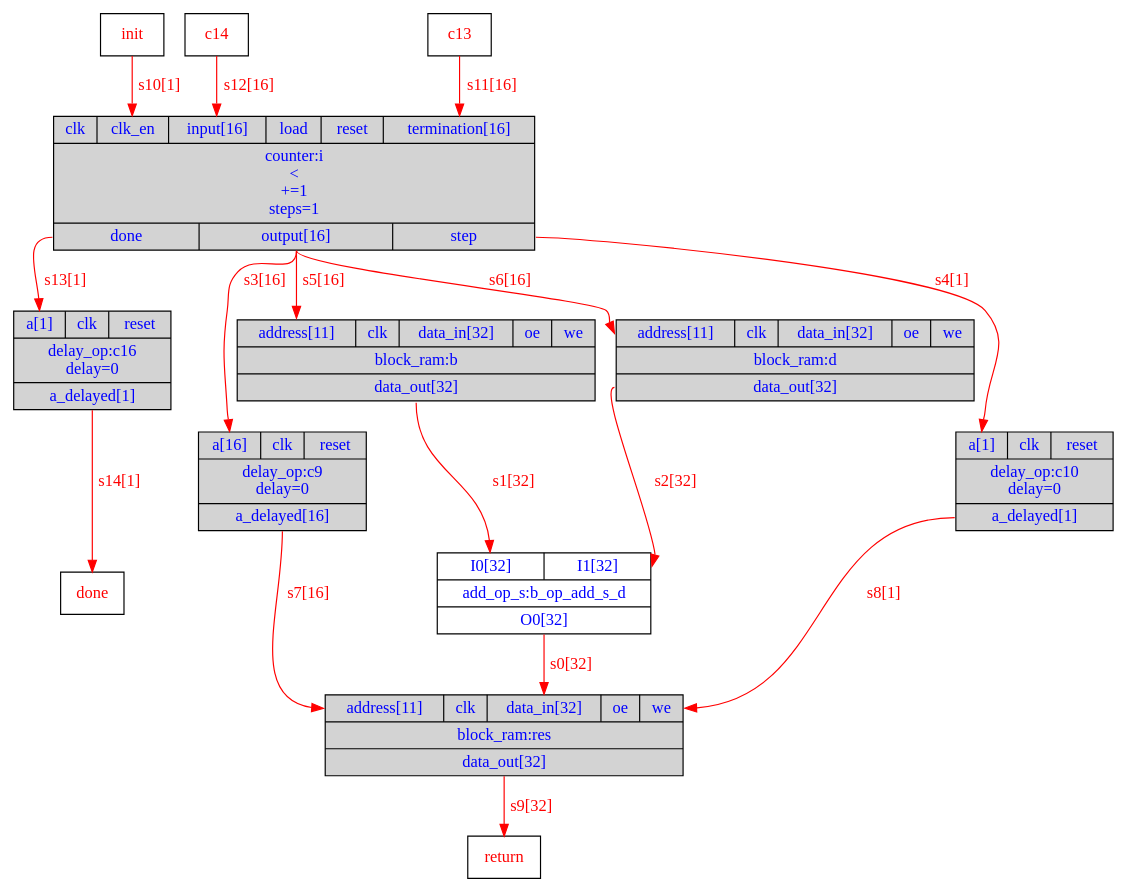
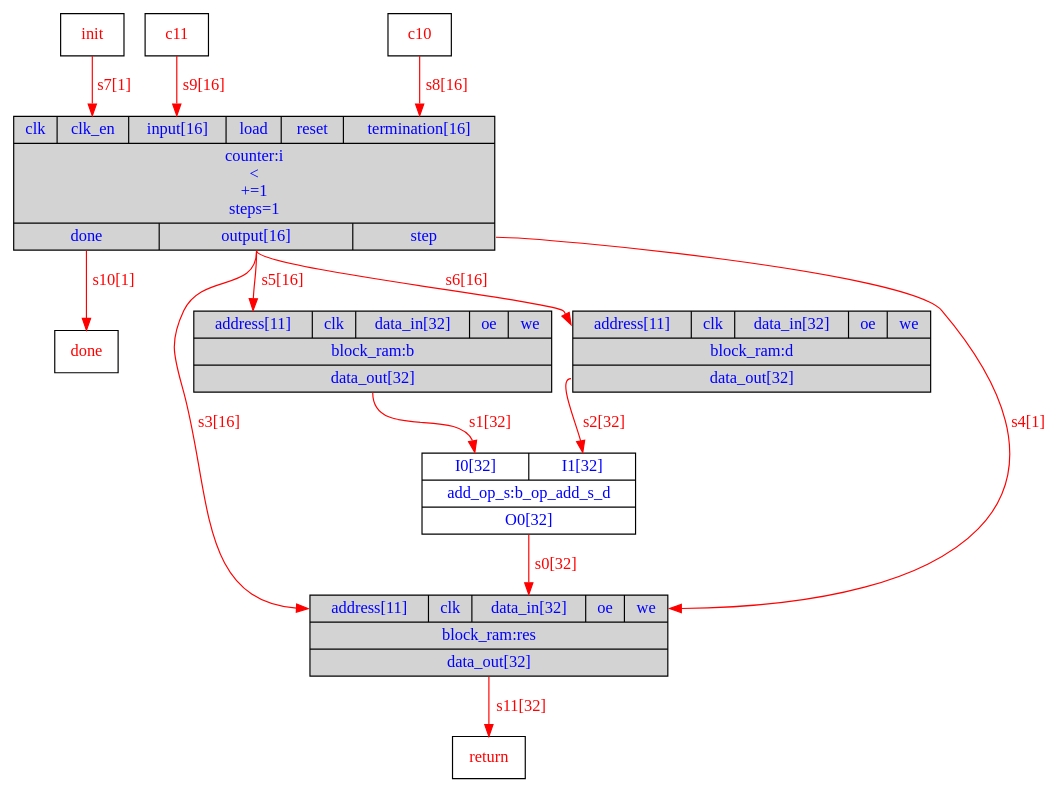
Before and after one commit to menotti/lalp: the diagram in branches/LALPC/DOT/Exemplo_HW.dot, drawn with Graphviz. The commit also changed 27 other files, not shown here.

```diff
--- a/branches/LALPC/DOT/Exemplo_HW.dot
+++ b/branches/LALPC/DOT/Exemplo_HW.dot
@@ -1,27 +1,21 @@
 digraph diagram {
 // Components (Nodes) 
 "i" [shape=record, fontcolor=blue, style="filled", fillcolor="lightgray", label="{{<clk>clk|<clk_en>clk_en|<input>input[16]|<load>load|<reset>reset|<termination>termination[16]}|counter:i\n\<\n+=1\nsteps=1|{<done>done|<output>output[16]|<step>step}}"]; 
 "res" [shape=record, fontcolor=blue, style="filled", fillcolor="lightgray", label="{{<address>address[11]|<clk>clk|<data_in>data_in[32]|<oe>oe|<we>we}|block_ram:res|{<data_out>data_out[32]}}"]; 
 "b_op_add_s_d" [shape=record, fontcolor=blue, label="{{<I0>I0[32]|<I1>I1[32]}|add_op_s:b_op_add_s_d|{<O0>O0[32]}}"]; 
 "b" [shape=record, fontcolor=blue, style="filled", fillcolor="lightgray", label="{{<address>address[11]|<clk>clk|<data_in>data_in[32]|<oe>oe|<we>we}|block_ram:b|{<data_out>data_out[32]}}"]; 
 "d" [shape=record, fontcolor=blue, style="filled", fillcolor="lightgray", label="{{<address>address[11]|<clk>clk|<data_in>data_in[32]|<oe>oe|<we>we}|block_ram:d|{<data_out>data_out[32]}}"]; 
-"c9" [shape=record, fontcolor=blue, style="filled", fillcolor="lightgray", label="{{<a>a[16]|<clk>clk|<reset>reset}|delay_op:c9\ndelay=0|{<a_delayed>a_delayed[16]}}"]; 
-"c10" [shape=record, fontcolor=blue, style="filled", fillcolor="lightgray", label="{{<a>a[1]|<clk>clk|<reset>reset}|delay_op:c10\ndelay=0|{<a_delayed>a_delayed[1]}}"]; 
-"return" [shape=msquare fontcolor=red label="return"]"init" [shape=msquare fontcolor=red label="init"]"c13" [shape=msquare fontcolor=red label="c13"]"c14" [shape=msquare fontcolor=red label="c14"]"done" [shape=msquare fontcolor=red label="done"]"c16" [shape=record, fontcolor=blue, style="filled", fillcolor="lightgray", label="{{<a>a[1]|<clk>clk|<reset>reset}|delay_op:c16\ndelay=0|{<a_delayed>a_delayed[1]}}"]; 
-// Signals (Edges) 
+"init" [shape=msquare fontcolor=red label="init"]"c10" [shape=msquare fontcolor=red label="c10"]"c11" [shape=msquare fontcolor=red label="c11"]"done" [shape=msquare fontcolor=red label="done"]"return" [shape=msquare fontcolor=red label="return"]// Signals (Edges) 
 "b_op_add_s_d":O0 -> "res":data_in[label="s0[32]" color=red fontcolor=red]; 
 "b":data_out -> "b_op_add_s_d":I0[label="s1[32]" color=red fontcolor=red]; 
 "d":data_out -> "b_op_add_s_d":I1[label="s2[32]" color=red fontcolor=red]; 
-"i":output -> "c9":a[label="s3[16]" color=red fontcolor=red]; 
-"i":step -> "c10":a[label="s4[1]" color=red fontcolor=red]; 
+"i":output -> "res":address[label="s3[16]" color=red fontcolor=red]; 
+"i":step -> "res":we[label="s4[1]" color=red fontcolor=red]; 
 "i":output -> "b":address[label="s5[16]" color=red fontcolor=red]; 
 "i":output -> "d":address[label="s6[16]" color=red fontcolor=red]; 
-"c9":a_delayed -> "res":address[label="s7[16]" color=red fontcolor=red]; 
-"c10":a_delayed -> "res":we[label="s8[1]" color=red fontcolor=red]; 
-"res":data_out -> "return":in[label="s9[32]" color=red fontcolor=red]; 
-"init":out -> "i":clk_en[label="s10[1]" color=red fontcolor=red]; 
-"c13":out -> "i":termination[label="s11[16]" color=red fontcolor=red]; 
-"c14":out -> "i":input[label="s12[16]" color=red fontcolor=red]; 
-"i":done -> "c16":a[label="s13[1]" color=red fontcolor=red]; 
-"c16":a_delayed -> "done":in[label="s14[1]" color=red fontcolor=red]; 
+"init":out -> "i":clk_en[label="s7[1]" color=red fontcolor=red]; 
+"c10":out -> "i":termination[label="s8[16]" color=red fontcolor=red]; 
+"c11":out -> "i":input[label="s9[16]" color=red fontcolor=red]; 
+"i":done -> "done":in[label="s10[1]" color=red fontcolor=red]; 
+"res":data_out -> "return":in[label="s11[32]" color=red fontcolor=red]; 
 }
```
